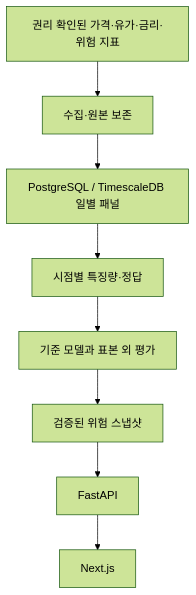
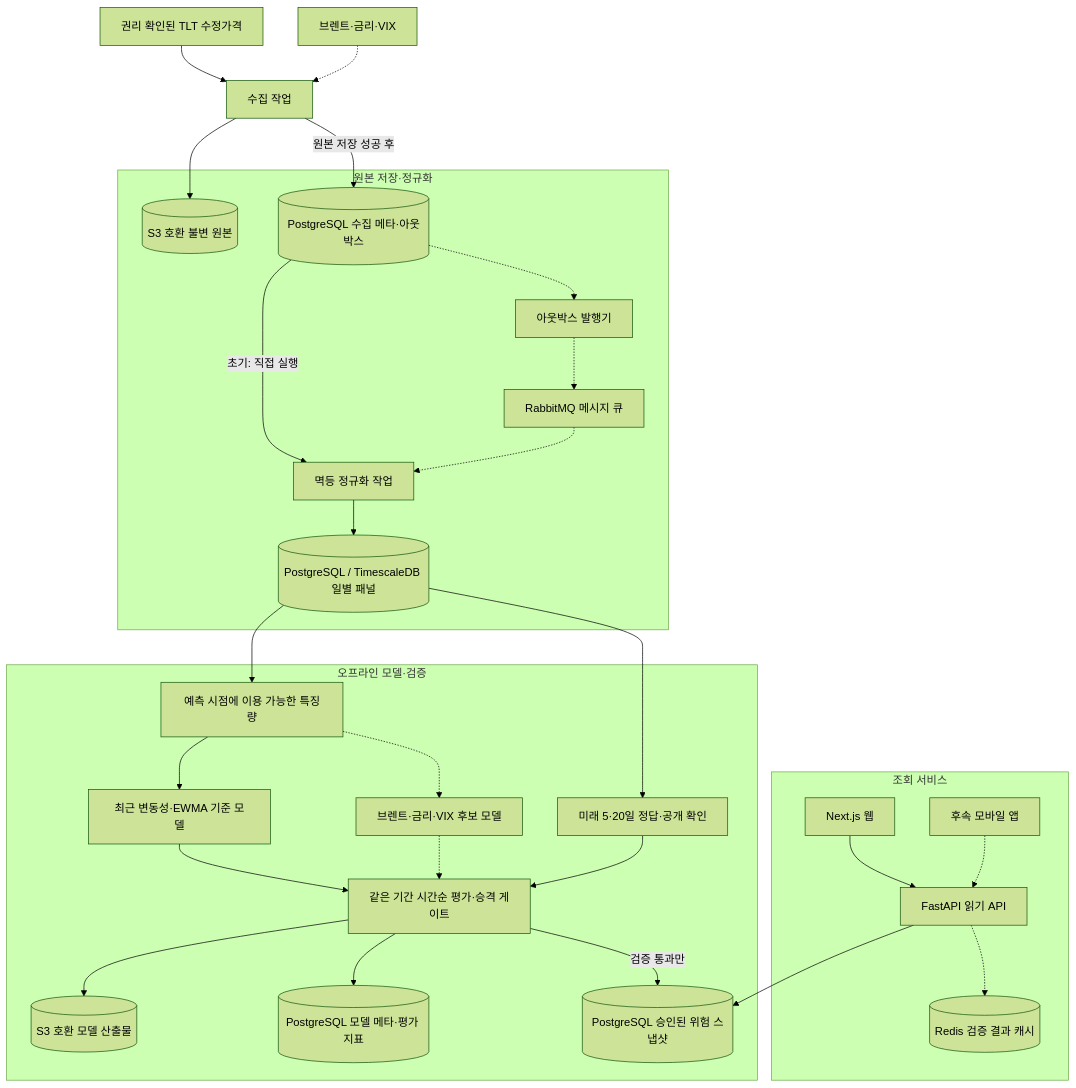
The first of 2 diagrams in docs/architecture.md (AnDev77/ShockGarph_AI), drawn with Mermaid (forest theme) before and after one commit. The commit also changed other lines of this file and 2 other files, not shown here.

Commit message:
docs: 일별 위험 모델·API·메시지 큐 구조도 추가

````diff
--- a/docs/architecture.md
+++ b/docs/architecture.md
@@ -10,10 +12,51 @@
 ```mermaid
 flowchart TB
-    S["권리 확인된 가격·유가·금리·위험 지표"] --> C["수집·원본 보존"]
-    C --> D["PostgreSQL / TimescaleDB 일별 패널"]
-    D --> F["시점별 특징량·정답"]
-    F --> M["기준 모델과 표본 외 평가"]
-    M --> P["검증된 위험 스냅샷"]
-    P --> A["FastAPI"]
-    A --> W["Next.js"]
+    S["권리 확인된 TLT 수정가격"] --> C["수집 작업"]
+    O["브렌트·금리·VIX"] -.-> C
+
+    subgraph DATA["원본 저장·정규화"]
+        RAW[("S3 호환 불변 원본")]
+        META[("PostgreSQL 수집 메타·아웃박스")]
+        PUB["아웃박스 발행기"]
+        MQ["RabbitMQ 메시지 큐"]
+        N["멱등 정규화 작업"]
+        PANEL[("PostgreSQL / TimescaleDB 일별 패널")]
+    end
+    C --> RAW
+    C -->|원본 저장 성공 후| META
+    META -->|초기: 직접 실행| N
+    META -.-> PUB
+    PUB -.-> MQ
+    MQ -.-> N
+    N --> PANEL
+
+    subgraph MODEL["오프라인 모델·검증"]
+        F["예측 시점에 이용 가능한 특징량"]
+        L["미래 5·20일 정답·공개 확인"]
+        B["최근 변동성·EWMA 기준 모델"]
+        M["브렌트·금리·VIX 후보 모델"]
+        E["같은 기간 시간순 평가·승격 게이트"]
+        ART[("S3 호환 모델 산출물")]
+        REG[("PostgreSQL 모델 메타·평가 지표")]
+        SNAP[("PostgreSQL 승인된 위험 스냅샷")]
+    end
+    PANEL --> F
+    PANEL --> L
+    F --> B --> E
+    F -.-> M -.-> E
+    L --> E
+    E --> ART
+    E --> REG
+    E -->|검증 통과만| SNAP
+
+    subgraph SERVE["조회 서비스"]
+        WEB["Next.js 웹"]
+        APP["후속 모바일 앱"]
+        API["FastAPI 읽기 API"]
+        CACHE[("Redis 검증 결과 캐시")]
+    end
+    WEB --> API
+    APP -.-> API
+    API --> SNAP
+    API -.-> CACHE
 ```
````
